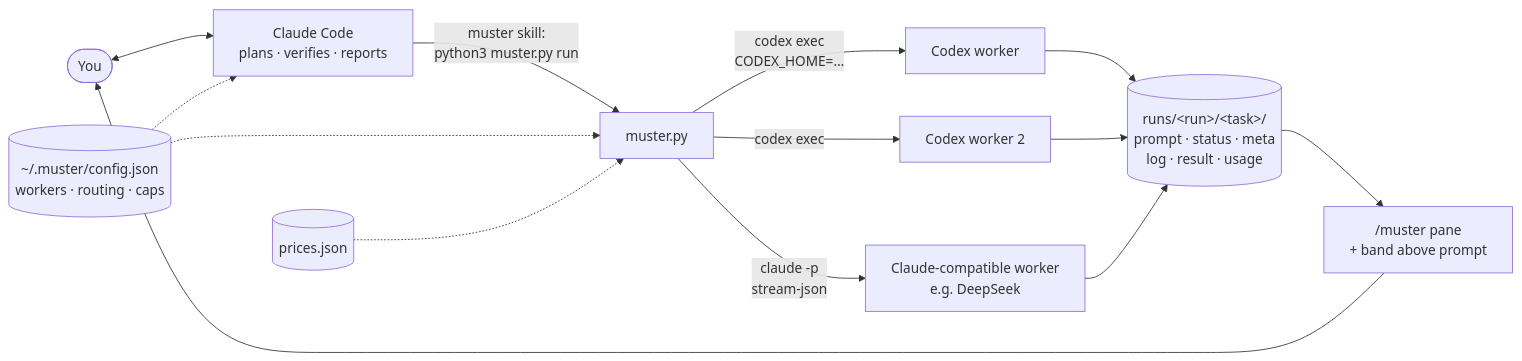
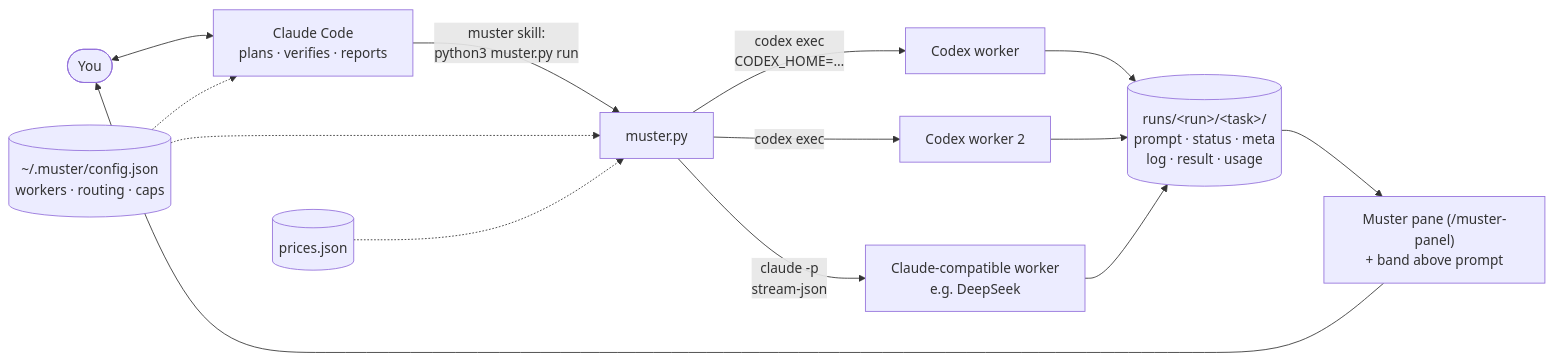
The first of 5 diagrams in docs/how-it-works.md (jandyx/muster), drawn with Mermaid before and after one commit. The commit also changed 11 other files, not shown here.

````diff
--- a/docs/how-it-works.md
+++ b/docs/how-it-works.md
@@ -7,14 +7,14 @@
 ```mermaid
 flowchart LR
     you([You]) <--> claude["Claude Code<br/>plans · verifies · reports"]
     claude -- "muster skill:<br/>python3 muster.py run" --> runner[muster.py]
     cfg[(~/.muster/config.json<br/>workers · routing · caps)] -.-> claude
     cfg -.-> runner
     runner -- "codex exec<br/>CODEX_HOME=…" --> cx1[Codex worker]
     runner -- "codex exec" --> cx2[Codex worker 2]
     runner -- "claude -p<br/>stream-json" --> ds[Claude-compatible worker<br/>e.g. DeepSeek]
     cx1 & cx2 & ds --> runs[("runs/&lt;run&gt;/&lt;task&gt;/<br/>prompt · status · meta<br/>log · result · usage")]
     prices[(prices.json)] -.-> runner
-    runs --> pane["/muster pane<br/>+ band above prompt"]
+    runs --> pane["Muster pane (/muster-panel)<br/>+ band above prompt"]
     pane --> you
 ```
````
